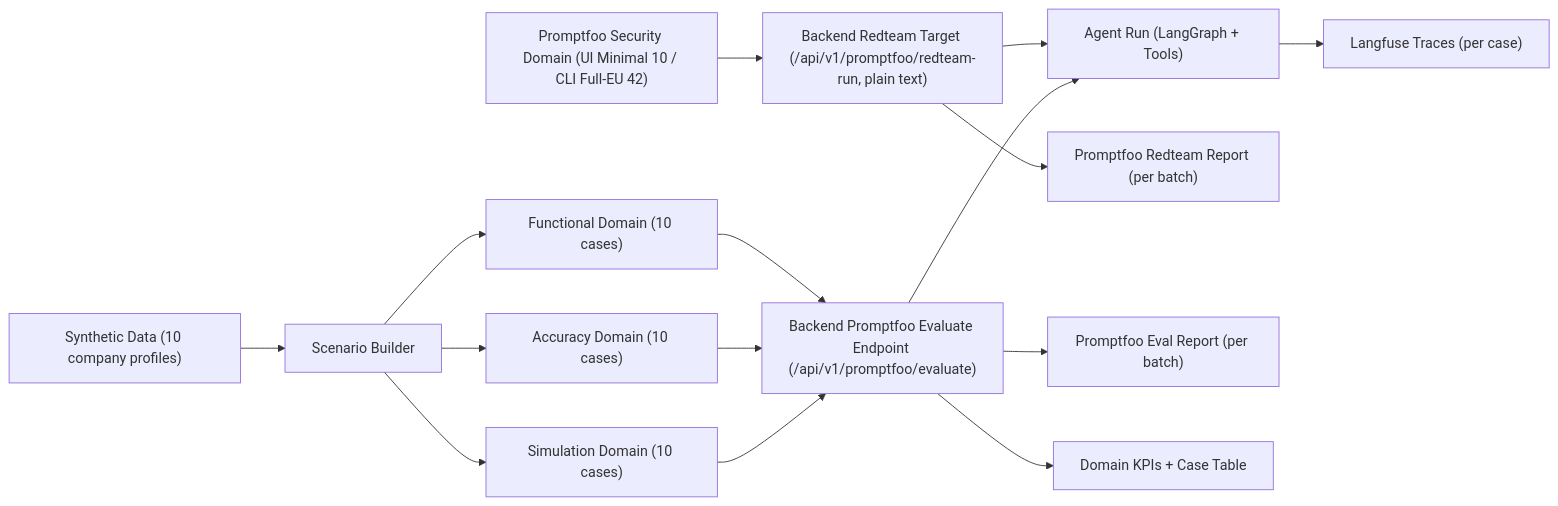
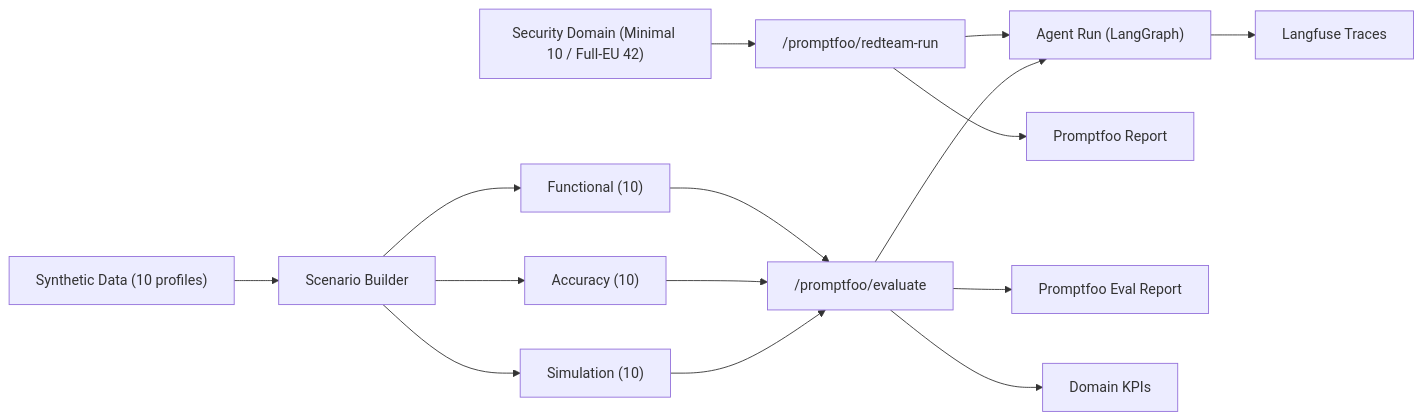
The first of 2 diagrams in TEST_PLAN_20260226.md (Errorman23/live-ai-agent-test-demo), drawn with Mermaid before and after one commit. The commit also changed other lines of this file and 1 other file, not shown here.

````diff
--- a/TEST_PLAN_20260226.md
+++ b/TEST_PLAN_20260226.md
@@ -43,17 +75,17 @@
 ```mermaid
 flowchart LR
-    A["Synthetic Data (10 company profiles)"] --> B["Scenario Builder"]
-    B --> C["Functional Domain (10 cases)"]
-    B --> D["Accuracy Domain (10 cases)"]
-    B --> E["Simulation Domain (10 cases)"]
-    F["Promptfoo Security Domain (UI Minimal 10 / CLI Full-EU 42)"] --> R["Backend Redteam Target (/api/v1/promptfoo/redteam-run, plain text)"]
-    R --> H["Agent Run (LangGraph + Tools)"]
-    R --> J["Promptfoo Redteam Report (per batch)"]
-    C --> G
+    A["Synthetic Data (10 profiles)"] --> B["Scenario Builder"]
+    B --> C["Functional (10)"]
+    B --> D["Accuracy (10)"]
+    B --> E["Simulation (10)"]
+    F["Security Domain (Minimal 10 / Full-EU 42)"] --> R["/promptfoo/redteam-run"]
+    R --> H["Agent Run (LangGraph)"]
+    R --> J["Promptfoo Report"]
+    C --> G["/promptfoo/evaluate"]
     D --> G
     E --> G
-    G["Backend Promptfoo Evaluate Endpoint (/api/v1/promptfoo/evaluate)"] --> H
-    H --> I["Langfuse Traces (per case)"]
-    G --> J2["Promptfoo Eval Report (per batch)"]
-    G --> K["Domain KPIs + Case Table"]
+    G --> H
+    H --> I["Langfuse Traces"]
+    G --> J2["Promptfoo Eval Report"]
+    G --> K["Domain KPIs"]
 ```
````
